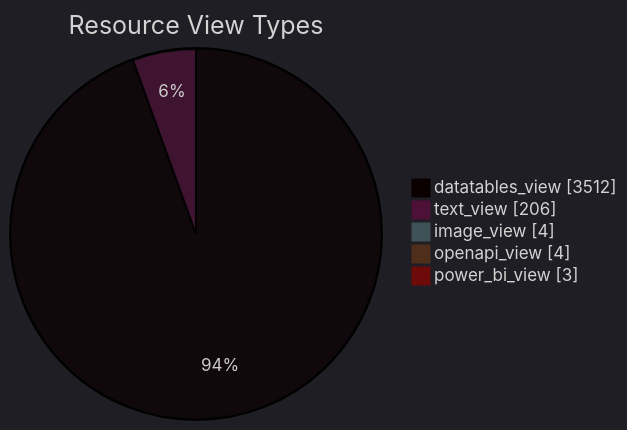
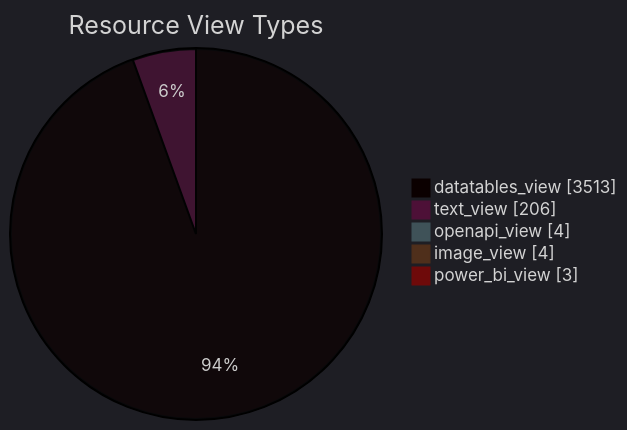
The diagram in datastore_tracker/resource_view_types_pie_chart.md (open-data/analytics-corporate-reporting), drawn with Mermaid before and after one commit. The commit also changed 9 other files, not shown here.

````diff
--- a/datastore_tracker/resource_view_types_pie_chart.md
+++ b/datastore_tracker/resource_view_types_pie_chart.md
@@ -2,12 +2,12 @@
 ```mermaid
 ---
 config:
   theme: dark
 ---
 pie showData title Resource View Types
-    "datatables_view": 3512
+    "datatables_view": 3513
     "text_view": 206
+    "openapi_view": 4
     "image_view": 4
-    "openapi_view": 4
     "power_bi_view": 3
 ```
````
